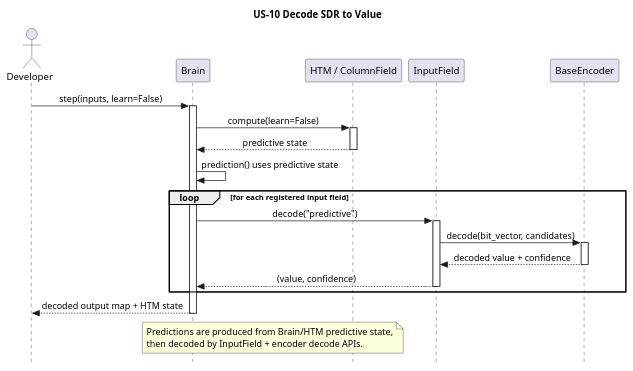
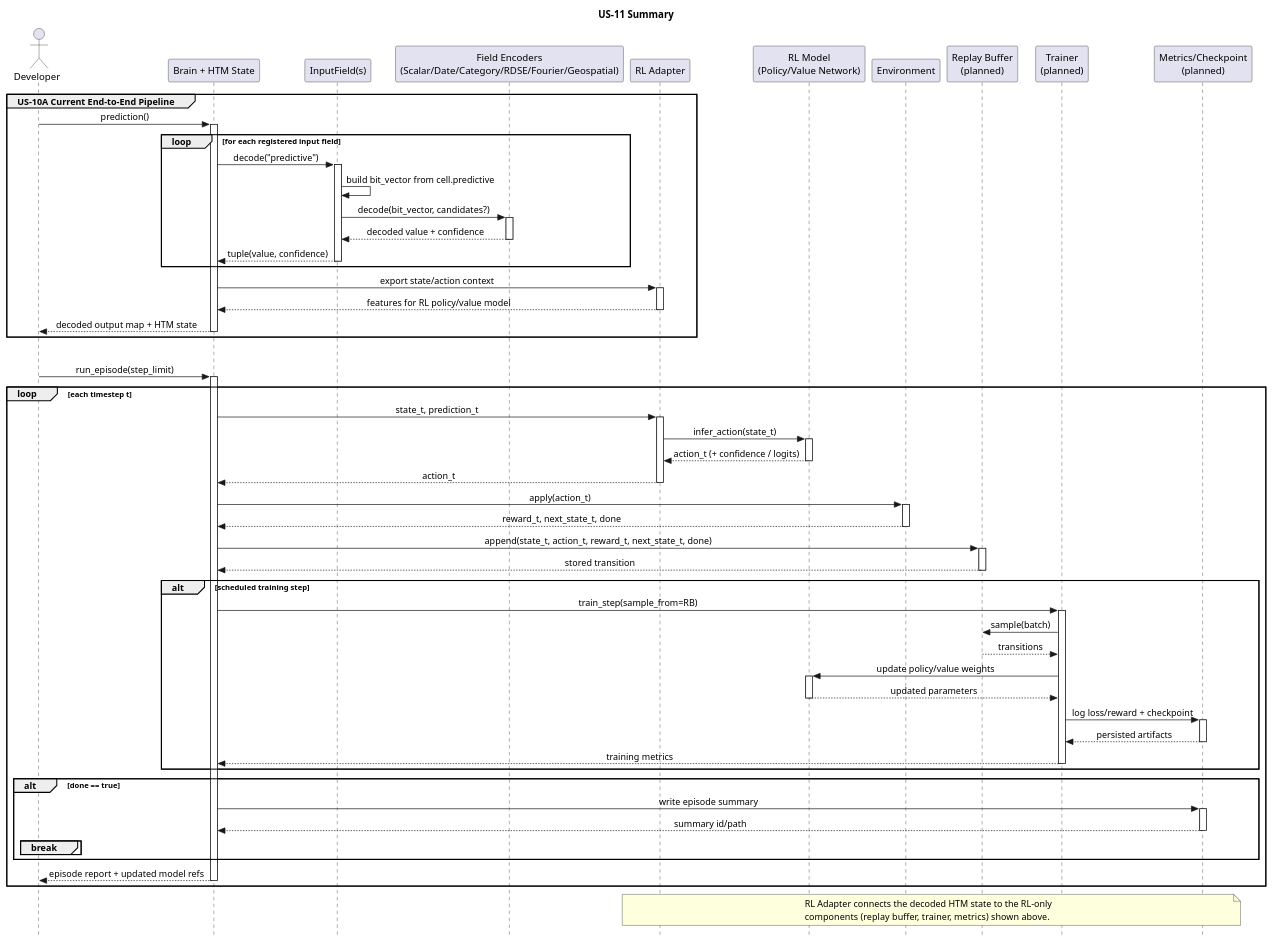
One commit to egrembocki/htmrl changed the diagram in docs/puml/US/us-11.puml. Above: the diagram before and after it, drawn with PlantUML. The commit also changed 3 other files, not shown here.

```diff
--- a/docs/puml/US/us-11.puml
+++ b/docs/puml/US/us-11.puml
@@ -1,39 +1,99 @@
 @startuml
 skinparam style strictuml
 skinparam sequenceMessageAlign center
 skinparam responseMessageBelowArrow true
 
-title US-10 Decode SDR to Value
-actor Developer as Dev
-participant "Brain" as BR
-participant "HTM / ColumnField" as HTM
-participant "InputField" as IF
-participant "BaseEncoder" as ENC
+title US-11 Summary
 
-Dev -> BR: step(inputs, learn=False)
-activate BR
-BR -> HTM: compute(learn=False)
-activate HTM
-HTM --> BR: predictive state
-deactivate HTM
+actor "Developer" as Dev
+participant "Brain + HTM State" as BR
+participant "InputField(s)" as IF
+participant "Field Encoders\n(Scalar/Date/Category/RDSE/Fourier/Geospatial)" as FE
+participant "RL Adapter" as RLA
+participant "RL Model\n(Policy/Value Network)" as RLM
+participant "Environment" as ENV
+participant "Replay Buffer\n(planned)" as RB
+participant "Trainer\n(planned)" as TR
+participant "Metrics/Checkpoint\n(planned)" as MC
 
-BR -> BR: prediction() uses predictive state
-loop for each registered input field
-  BR -> IF: decode("predictive")
-  activate IF
-  IF -> ENC: decode(bit_vector, candidates)
-  activate ENC
-  ENC --> IF: decoded value + confidence
-  deactivate ENC
-  IF --> BR: (value, confidence)
-  deactivate IF
+group US-10A Current End-to-End Pipeline
+  Dev -> BR: prediction()
+  activate BR
+  loop for each registered input field
+    BR -> IF: decode("predictive")
+    activate IF
+    IF -> IF: build bit_vector from cell.predictive
+    IF -> FE: decode(bit_vector, candidates?)
+    activate FE
+    FE --> IF: decoded value + confidence
+    deactivate FE
+    IF --> BR: tuple(value, confidence)
+    deactivate IF
+  end
+
+  BR -> RLA: export state/action context
+  activate RLA
+  RLA --> BR: features for RL policy/value model
+  deactivate RLA
+
+  BR --> Dev: decoded output map + HTM state
+  deactivate BR
 end
 
-BR --> Dev: decoded output map + HTM state
-deactivate BR
+group US-10B Planned RL Loop (Figure 6-1/6-2 Alignment)
+  Dev -> BR: run_episode(step_limit)
+  activate BR
+  loop each timestep t
+    BR -> RLA: state_t, prediction_t
+    activate RLA
+    RLA -> RLM: infer_action(state_t)
+    activate RLM
+    RLM --> RLA: action_t (+ confidence / logits)
+    deactivate RLM
+    RLA --> BR: action_t
+    deactivate RLA
 
-note over BR,HTM
-Predictions are produced from Brain/HTM predictive state,
-then decoded by InputField + encoder decode APIs.
+    BR -> ENV: apply(action_t)
+    activate ENV
+    ENV --> BR: reward_t, next_state_t, done
+    deactivate ENV
+
+    BR -> RB: append(state_t, action_t, reward_t, next_state_t, done)
+    activate RB
+    RB --> BR: stored transition
+    deactivate RB
+
+    alt scheduled training step
+      BR -> TR: train_step(sample_from=RB)
+      activate TR
+      TR -> RB: sample(batch)
+      RB --> TR: transitions
+      TR -> RLM: update policy/value weights
+      activate RLM
+      RLM --> TR: updated parameters
+      deactivate RLM
+      TR -> MC: log loss/reward + checkpoint
+      activate MC
+      MC --> TR: persisted artifacts
+      deactivate MC
+      TR --> BR: training metrics
+      deactivate TR
+    end
+
+    alt done == true
+      BR -> MC: write episode summary
+      activate MC
+      MC --> BR: summary id/path
+      deactivate MC
+      break
+    end
+  end
+  BR --> Dev: episode report + updated model refs
+  deactivate BR
+end
+
+note over RLA,MC
+RL Adapter connects the decoded HTM state to the RL-only
+components (replay buffer, trainer, metrics) shown above.
 end note
 @enduml
```
